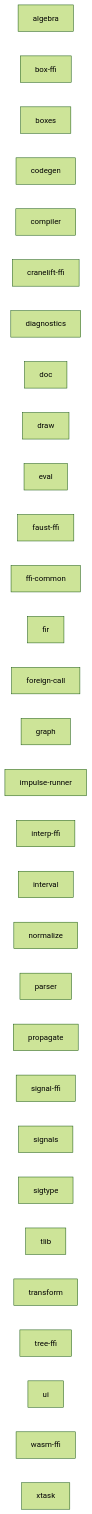
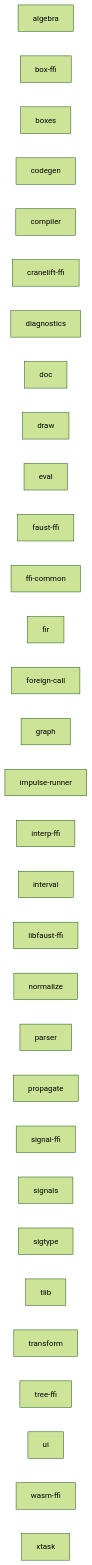
Before and after one commit to grame-cncm/faust-rs: the diagram in docs/code-graphs/workspace-crates.mmd, drawn with Mermaid (forest theme). The commit also changed 16 other files, not shown here.

First line of the commit message:
Gate the checked-in code graphs with a public-API baseline

```diff
--- a/docs/code-graphs/workspace-crates.mmd
+++ b/docs/code-graphs/workspace-crates.mmd
@@ -1,31 +1,32 @@
 flowchart LR
     crate_algebra["algebra"]
     crate_box_ffi["box-ffi"]
     crate_boxes["boxes"]
     crate_codegen["codegen"]
     crate_compiler["compiler"]
     crate_cranelift_ffi["cranelift-ffi"]
     crate_diagnostics["diagnostics"]
     crate_doc["doc"]
     crate_draw["draw"]
     crate_eval["eval"]
     crate_faust_ffi["faust-ffi"]
     crate_ffi_common["ffi-common"]
     crate_fir["fir"]
     crate_foreign_call["foreign-call"]
     crate_graph["graph"]
     crate_impulse_runner["impulse-runner"]
     crate_interp_ffi["interp-ffi"]
     crate_interval["interval"]
+    crate_libfaust_ffi["libfaust-ffi"]
     crate_normalize["normalize"]
     crate_parser["parser"]
     crate_propagate["propagate"]
     crate_signal_ffi["signal-ffi"]
     crate_signals["signals"]
     crate_sigtype["sigtype"]
     crate_tlib["tlib"]
     crate_transform["transform"]
     crate_tree_ffi["tree-ffi"]
     crate_ui["ui"]
     crate_wasm_ffi["wasm-ffi"]
     crate_xtask["xtask"]
```
